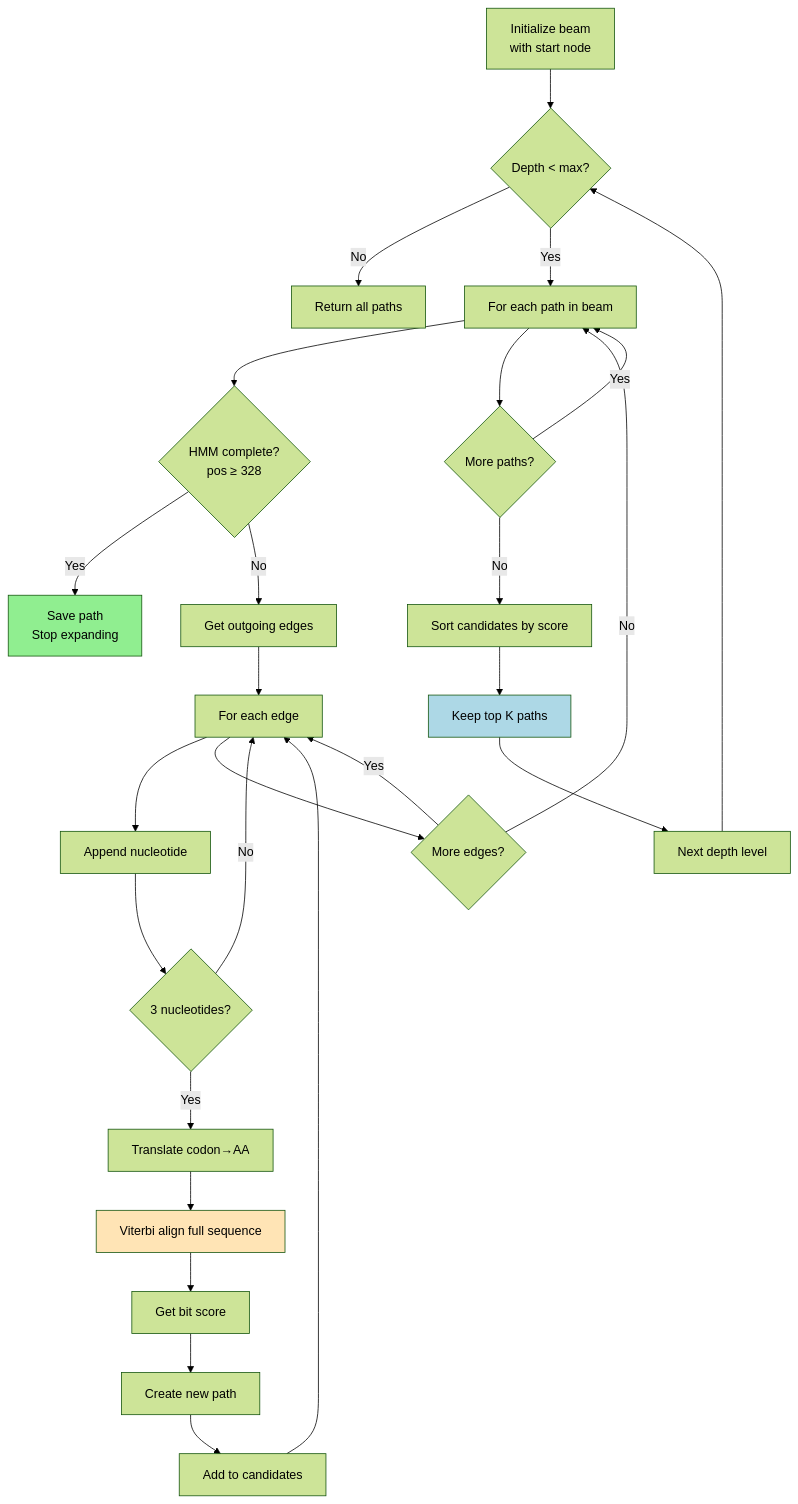
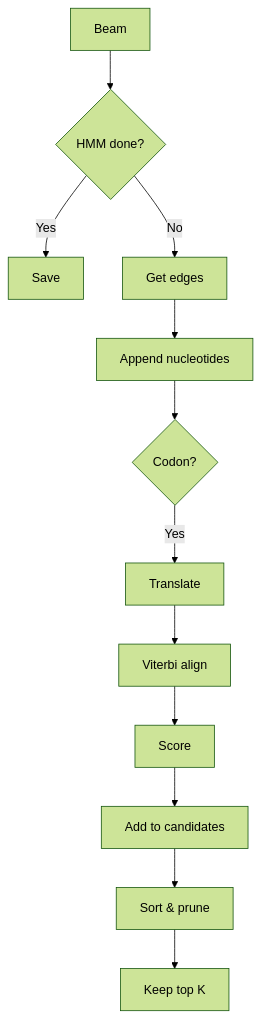
Before and after one commit to RNABioInfo/mcaat: the fourth of 4 diagrams in HMM_VITERBI_BEAM_SEARCH.md, drawn with Mermaid (forest theme). The commit also changed other lines of this file and 7 other files, not shown here.

````diff
--- a/HMM_VITERBI_BEAM_SEARCH.md
+++ b/HMM_VITERBI_BEAM_SEARCH.md
@@ -181,32 +108,14 @@
 ```mermaid
 flowchart TD
-    A[Initialize beam<br/>with start node] --> B{Depth < max?}
-    B -->|No| Z[Return all paths]
-    B -->|Yes| C[For each path in beam]
-    C --> D{HMM complete?<br/>pos ≥ 328}
-    D -->|Yes| E[Save path<br/>Stop expanding]
-    D -->|No| F[Get outgoing edges]
-    F --> G[For each edge]
-    G --> H[Append nucleotide]
-    H --> I{3 nucleotides?}
-    I -->|No| G
-    I -->|Yes| J[Translate codon→AA]
-    J --> K[Viterbi align full sequence]
-    K --> L[Get bit score]
-    L --> M[Create new path]
-    M --> N[Add to candidates]
-    N --> G
-    G --> O{More edges?}
-    O -->|Yes| G
-    O -->|No| C
-    C --> P{More paths?}
-    P -->|Yes| C
-    P -->|No| Q[Sort candidates by score]
-    Q --> R[Keep top K paths]
-    R --> S[Next depth level]
-    S --> B
-    
-    style E fill:#90EE90
-    style K fill:#FFE4B5
-    style R fill:#ADD8E6
+    A[Beam] --> B{HMM done?}
+    B -->|Yes| C[Save]
+    B -->|No| D[Get edges]
+    D --> E[Append nucleotides]
+    E --> F{Codon?}
+    F -->|Yes| G[Translate]
+    G --> H[Viterbi align]
+    H --> I[Score]
+    I --> J[Add to candidates]
+    J --> K[Sort & prune]
+    K --> L[Keep top K]
 ```
````
